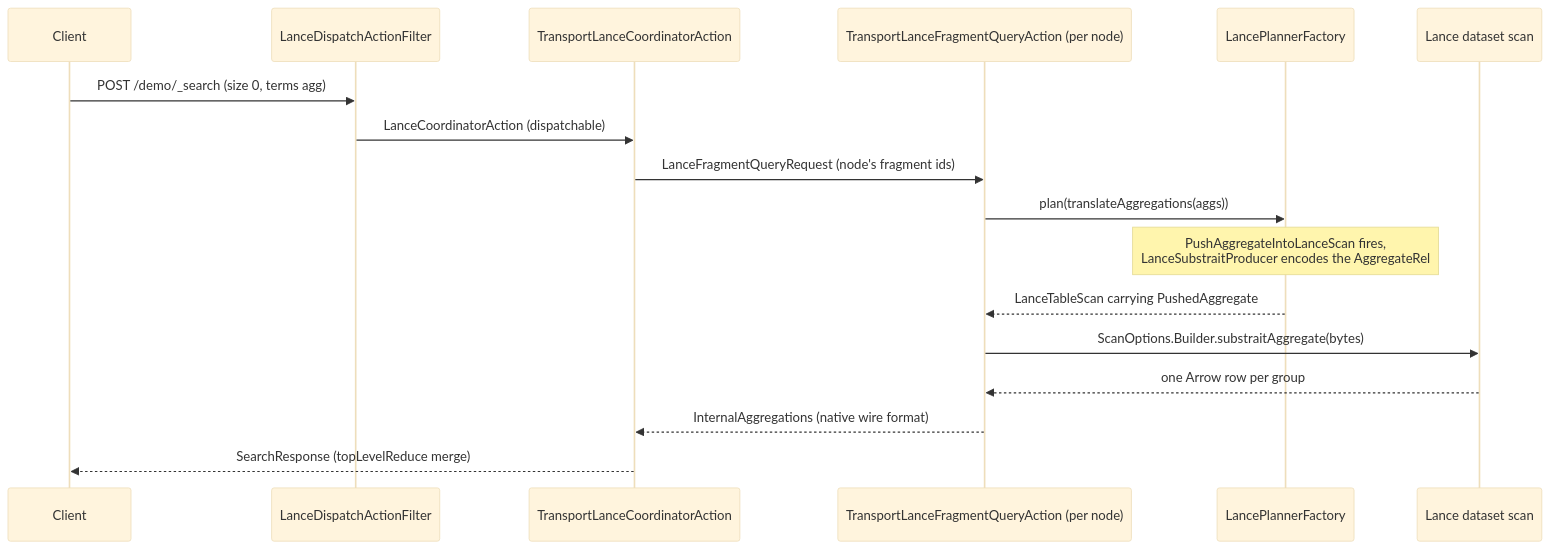
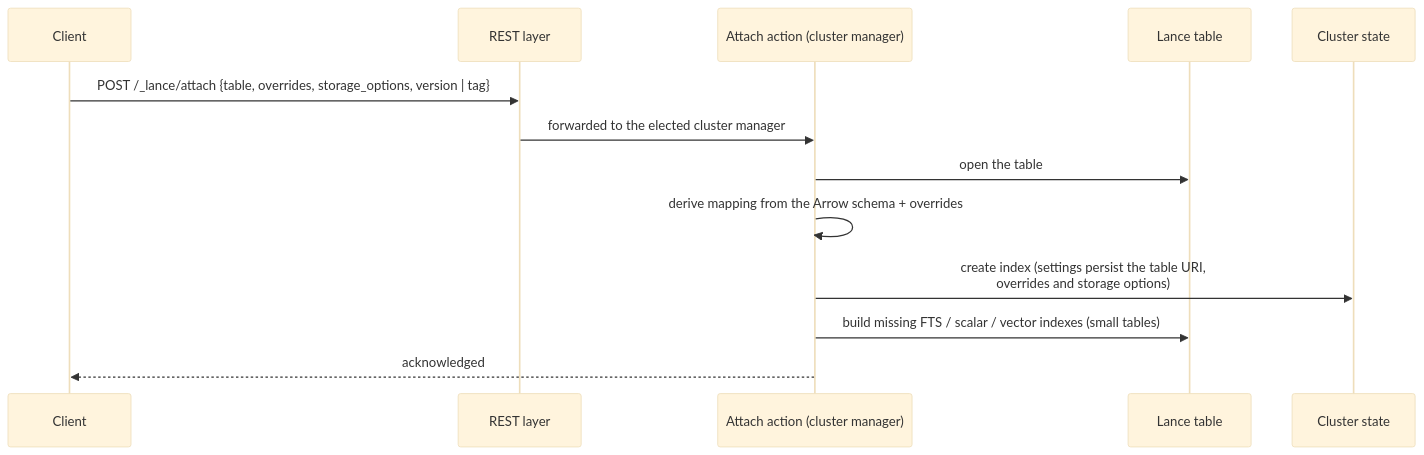
The second of 4 diagrams in docs/architecture.md (lawofcycles/lance-opensearch), drawn with Mermaid (base theme) before and after one commit. The commit also changed other lines of this file, not shown here.

First line of the commit message:
Rewrite docs/architecture.md at RFC granularity

````diff
--- a/docs/architecture.md
+++ b/docs/architecture.md
@@ -261,19 +173,15 @@
 ```mermaid
 sequenceDiagram
     participant C as Client
-    participant F as LanceDispatchActionFilter
-    participant CO as TransportLanceCoordinatorAction
-    participant EX as TransportLanceFragmentQueryAction (per node)
-    participant P as LancePlannerFactory
-    participant L as Lance dataset scan
-    C->>F: POST /demo/_search (size 0, terms agg)
-    F->>CO: LanceCoordinatorAction (dispatchable)
-    CO->>EX: LanceFragmentQueryRequest (node's fragment ids)
-    EX->>P: plan(translateAggregations(aggs))
-    Note over P: PushAggregateIntoLanceScan fires,<br/>LanceSubstraitProducer encodes the AggregateRel
-    P-->>EX: LanceTableScan carrying PushedAggregate
-    EX->>L: ScanOptions.Builder.substraitAggregate(bytes)
-    L-->>EX: one Arrow row per group
-    EX-->>CO: InternalAggregations (native wire format)
-    CO-->>C: SearchResponse (topLevelReduce merge)
+    participant R as REST layer
+    participant A as Attach action (cluster manager)
+    participant L as Lance table
+    participant CS as Cluster state
+    C->>R: POST /_lance/attach {table, overrides, storage_options, version | tag}
+    R->>A: forwarded to the elected cluster manager
+    A->>L: open the table
+    A->>A: derive mapping from the Arrow schema + overrides
+    A->>CS: create index (settings persist the table URI,<br/>overrides and storage options)
+    A->>L: build missing FTS / scalar / vector indexes (small tables)
+    A-->>C: acknowledged
 ```
````
